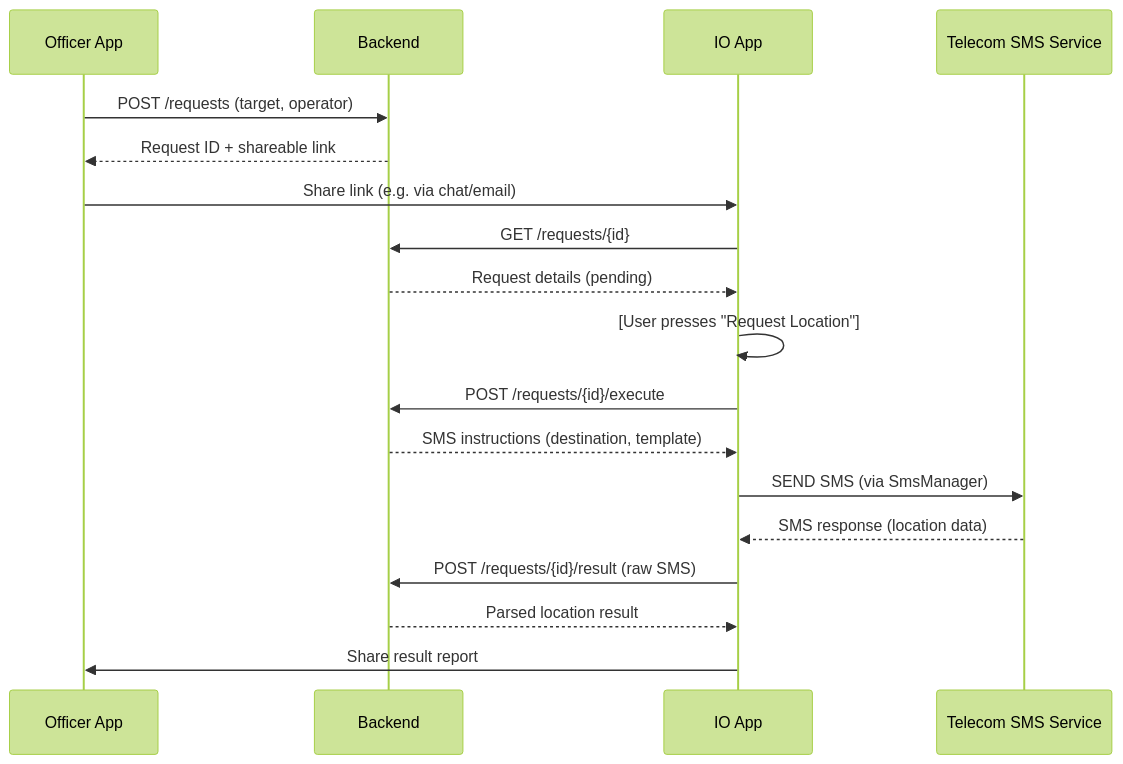
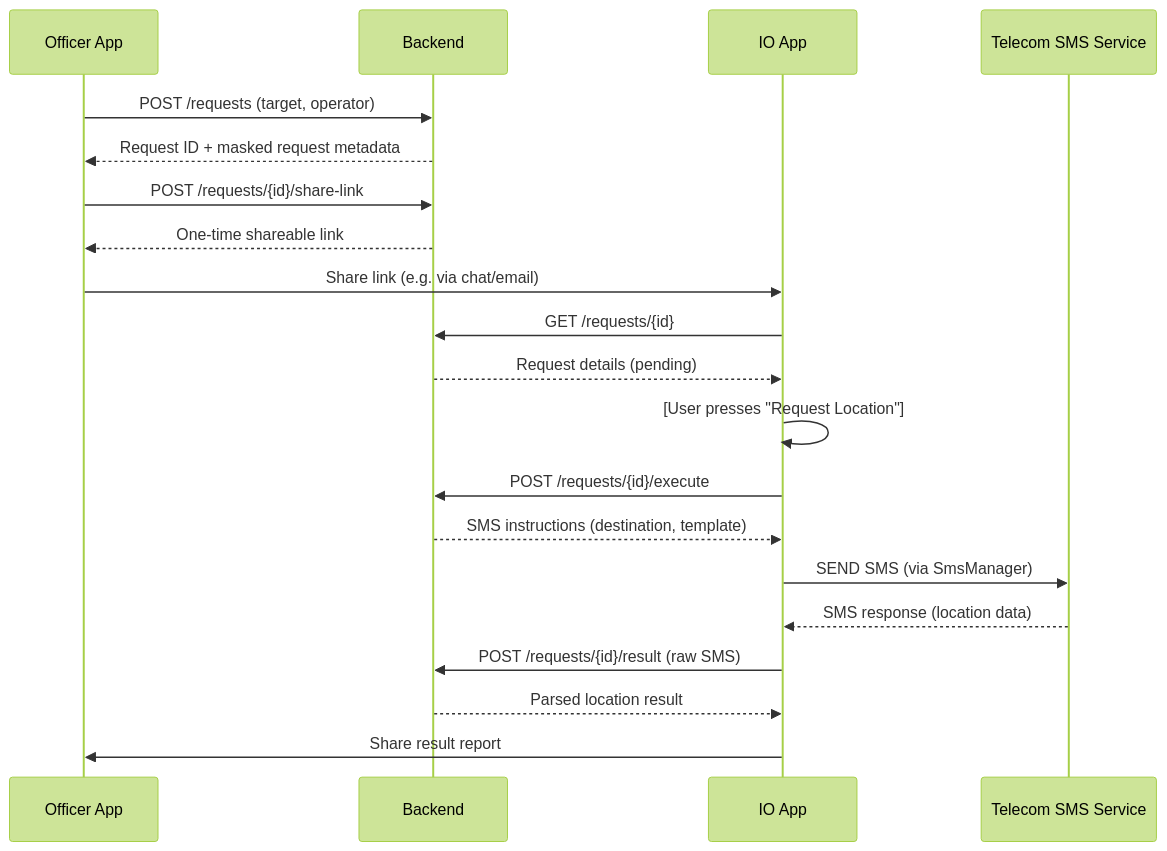
Before and after one commit to whitedevil-cybertech/Automated_SIM_Location: the first of 3 diagrams in Markdown_Files/PRD.md, drawn with Mermaid (forest theme). The commit also changed other lines of this file and 14 other files, not shown here.

````diff
--- a/Markdown_Files/PRD.md
+++ b/Markdown_Files/PRD.md
@@ -24,20 +24,22 @@
 ```mermaid
 sequenceDiagram
     participant OfficerApp as Officer App
     participant Backend
     participant IOApp as IO App
     participant Carrier as Telecom SMS Service
     OfficerApp->>Backend: POST /requests (target, operator)
-    Backend-->>OfficerApp: Request ID + shareable link
+    Backend-->>OfficerApp: Request ID + masked request metadata
+    OfficerApp->>Backend: POST /requests/{id}/share-link
+    Backend-->>OfficerApp: One-time shareable link
     OfficerApp->>IOApp: Share link (e.g. via chat/email)
     IOApp->>Backend: GET /requests/{id}
     Backend-->>IOApp: Request details (pending)
     IOApp->>IOApp: [User presses "Request Location"]
     IOApp->>Backend: POST /requests/{id}/execute
     Backend-->>IOApp: SMS instructions (destination, template)
     IOApp->>Carrier: SEND SMS (via SmsManager)
     Carrier-->>IOApp: SMS response (location data)
     IOApp->>Backend: POST /requests/{id}/result (raw SMS)
     Backend-->>IOApp: Parsed location result
     IOApp->>OfficerApp: Share result report
 ```
````
